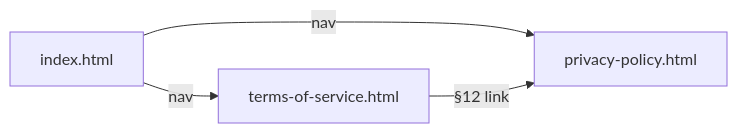
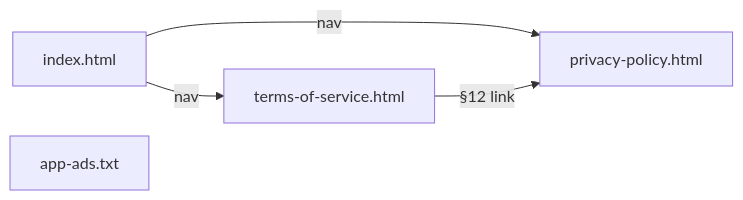
The second of 3 diagrams in docs/ARCHITECTURE.md (D3K2-Studio/d3k2-studio.github.io), drawn with Mermaid before and after one commit. The commit also changed other lines of this file and 3 other files, not shown here.

First line of the commit message:
feat(ads): add AdMob app-ads.txt for publisher verification (#12)

````diff
--- a/docs/ARCHITECTURE.md
+++ b/docs/ARCHITECTURE.md
@@ -28,10 +31,11 @@
 ```mermaid
 flowchart LR
   Home[index.html]
   PP[privacy-policy.html]
   ToS[terms-of-service.html]
+  AppAds[app-ads.txt]
 
   Home -->|nav| PP
   Home -->|nav| ToS
   ToS -->|"§12 link"| PP
 ```
````
